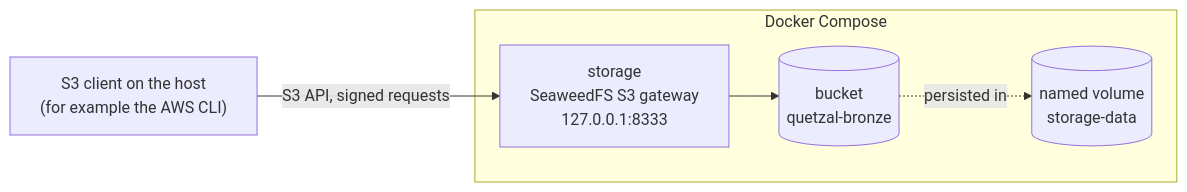
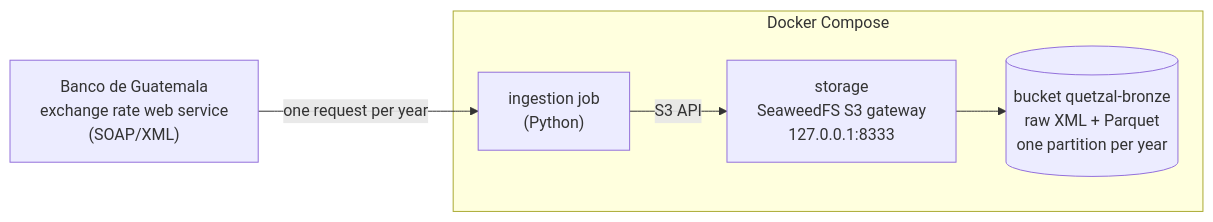
One commit to Carlosmarroquin20/quetzal-lakehouse changed the diagram in README.md. Above: the diagram before and after it, drawn with Mermaid. The commit also changed other lines of this file, not shown here.

First line of the commit message:
Document exchange rate ingestion

````diff
--- a/README.md
+++ b/README.md
@@ -19,12 +22,12 @@
 ```mermaid
 flowchart LR
-    client["S3 client on the host<br/>(for example the AWS CLI)"]
+    banguat["Banco de Guatemala<br/>exchange rate web service<br/>(SOAP/XML)"]
     subgraph compose["Docker Compose"]
+        job["ingestion job<br/>(Python)"]
         storage["storage<br/>SeaweedFS S3 gateway<br/>127.0.0.1:8333"]
-        bronze[("bucket<br/>quetzal-bronze")]
-        volume[("named volume<br/>storage-data")]
+        bronze[("bucket quetzal-bronze<br/>raw XML + Parquet<br/>one partition per year")]
     end
-    client -- "S3 API, signed requests" --> storage
+    banguat -- "one request per year" --> job
+    job -- "S3 API" --> storage
     storage --> bronze
-    bronze -. "persisted in" .-> volume
 ```
````
